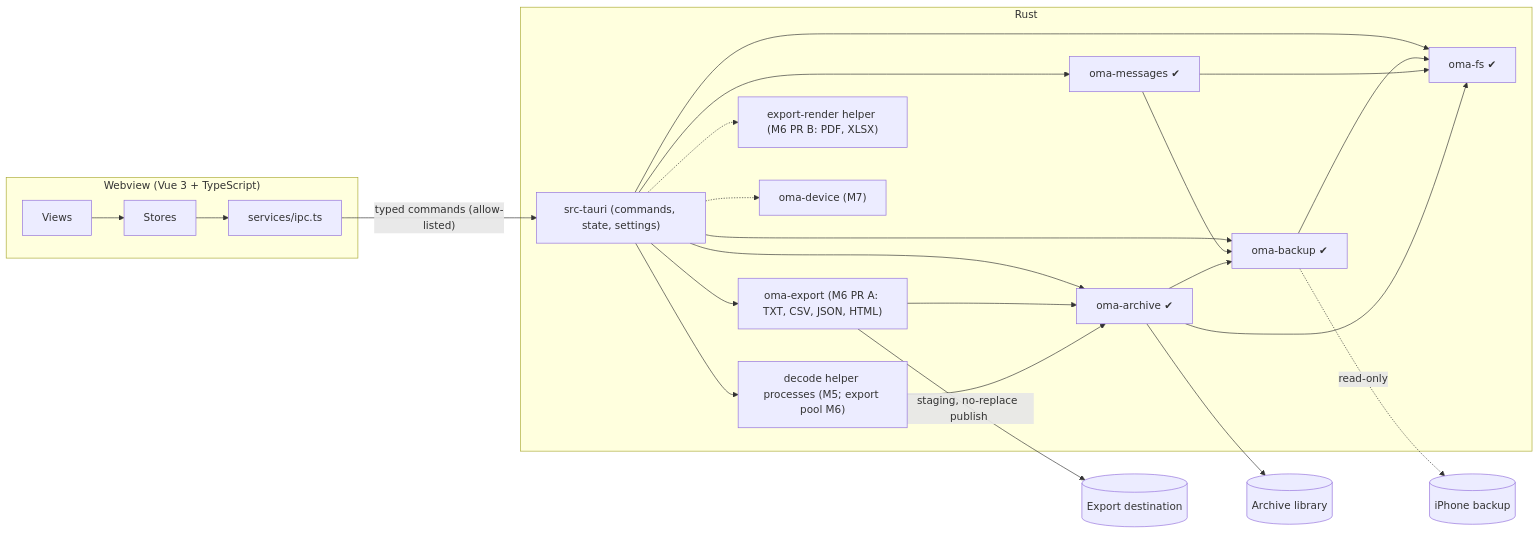
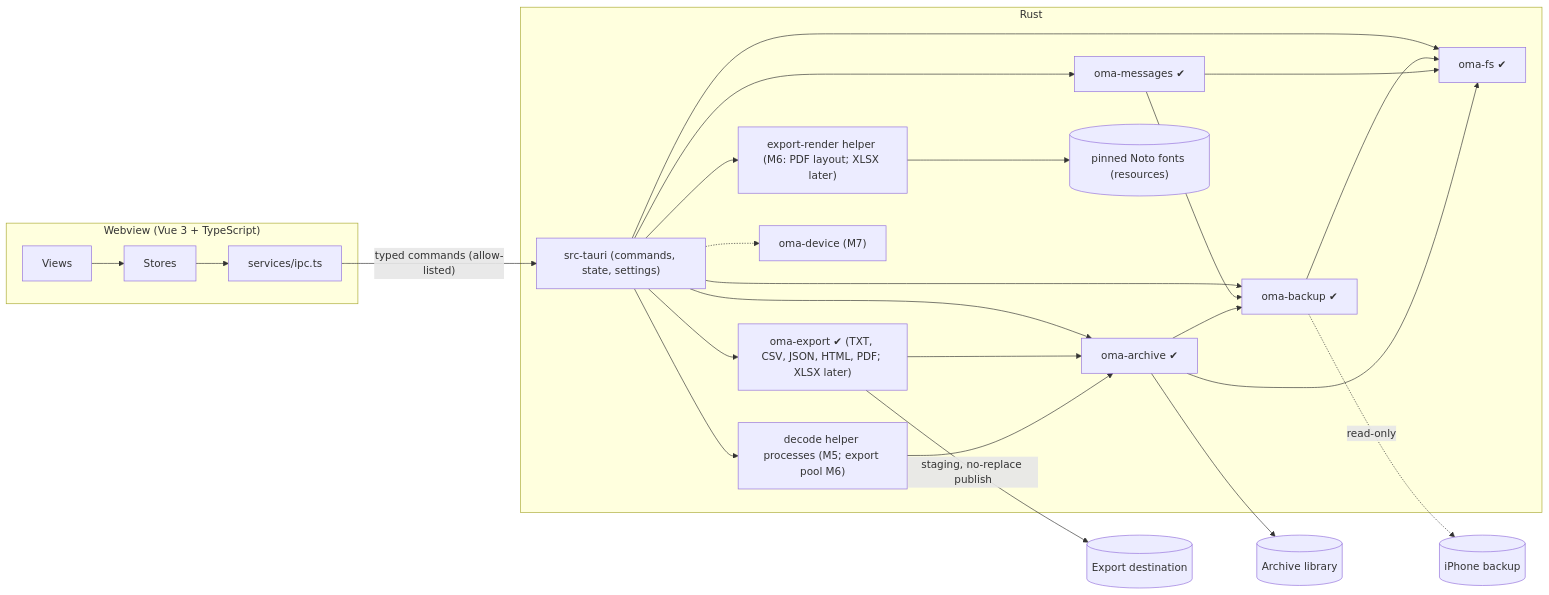
The diagram in Apps/openmessage-archive/docs/architecture.md (VibeForge-Systems/From_the_Forge), drawn with Mermaid before and after one commit. The commit also changed other lines of this file and 8 other files, not shown here.

````diff
--- a/Apps/openmessage-archive/docs/architecture.md
+++ b/Apps/openmessage-archive/docs/architecture.md
@@ -50,28 +51,29 @@
 ```mermaid
 flowchart LR
   subgraph Webview["Webview (Vue 3 + TypeScript)"]
     Views --> Stores --> IPC["services/ipc.ts"]
   end
   IPC -- "typed commands (allow-listed)" --> Shell
   subgraph Rust
     Shell["src-tauri (commands, state, settings)"]
     Shell --> FS["oma-fs ✔"]
     Shell --> Backup["oma-backup ✔"]
     Shell --> Messages["oma-messages ✔"]
     Shell --> Archive["oma-archive ✔"]
-    Shell --> Export["oma-export (M6 PR A: TXT, CSV, JSON, HTML)"]
+    Shell --> Export["oma-export ✔ (TXT, CSV, JSON, HTML, PDF; XLSX later)"]
     Shell --> Decode["decode helper processes (M5; export pool M6)"]
-    Shell -.-> Render["export-render helper (M6 PR B: PDF, XLSX)"]
+    Shell --> Render["export-render helper (M6: PDF layout; XLSX later)"]
+    Render --> Fonts[("pinned Noto fonts (resources)")]
     Shell -.-> Device["oma-device (M7)"]
     Backup --> FS
     Messages --> Backup
     Messages --> FS
     Archive --> FS
     Archive --> Backup
     Export --> Archive
     Decode --> Archive
   end
   Export -- "staging, no-replace publish" --> OUT[("Export destination")]
   Backup -. read-only .-> SRC[("iPhone backup")]
   Archive --> LIB[("Archive library")]
 ```
````
